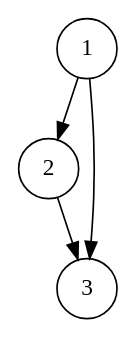
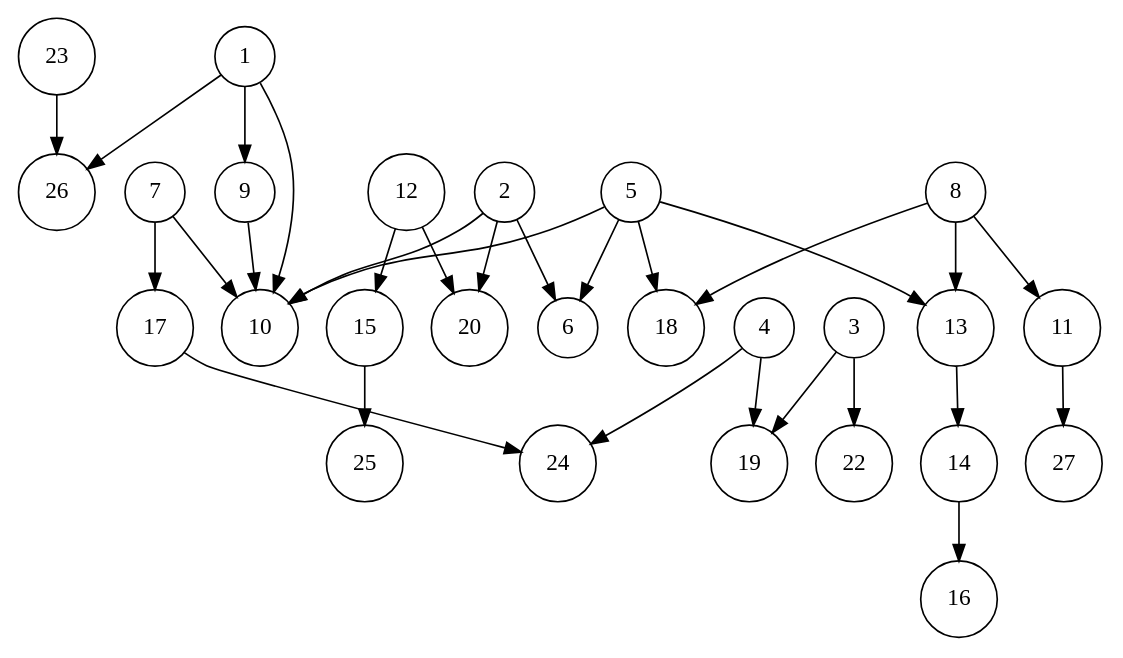
One commit to gzshawnliang/competitive-programming changed the diagram in RandGraph/GenerateRandomGraphs.dot. Above: the diagram before and after it, drawn with Graphviz. The commit also changed 8 other files, not shown here.

```diff
--- a/RandGraph/GenerateRandomGraphs.dot
+++ b/RandGraph/GenerateRandomGraphs.dot
@@ -1,5 +1,30 @@
 digraph {node [shape=circle]
-1 -> 2
-1 -> 3
-2 -> 3
+1 -> 9
+1 -> 10
+1 -> 26
+2 -> 6
+2 -> 10
+2 -> 20
+3 -> 19
+3 -> 22
+4 -> 19
+4 -> 24
+5 -> 6
+5 -> 10
+5 -> 13
+5 -> 18
+7 -> 10
+7 -> 17
+8 -> 11
+8 -> 13
+8 -> 18
+9 -> 10
+11 -> 27
+12 -> 15
+12 -> 20
+13 -> 14
+14 -> 16
+15 -> 25
+17 -> 24
+23 -> 26
 }
```
